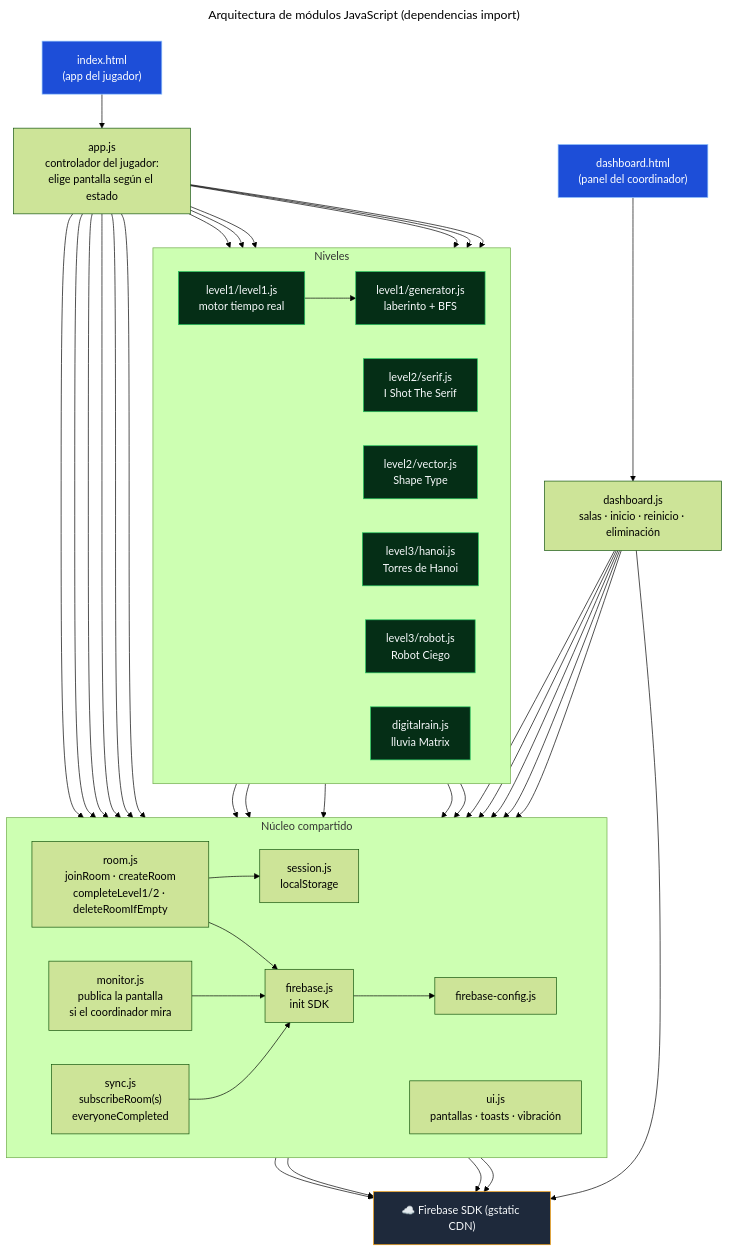
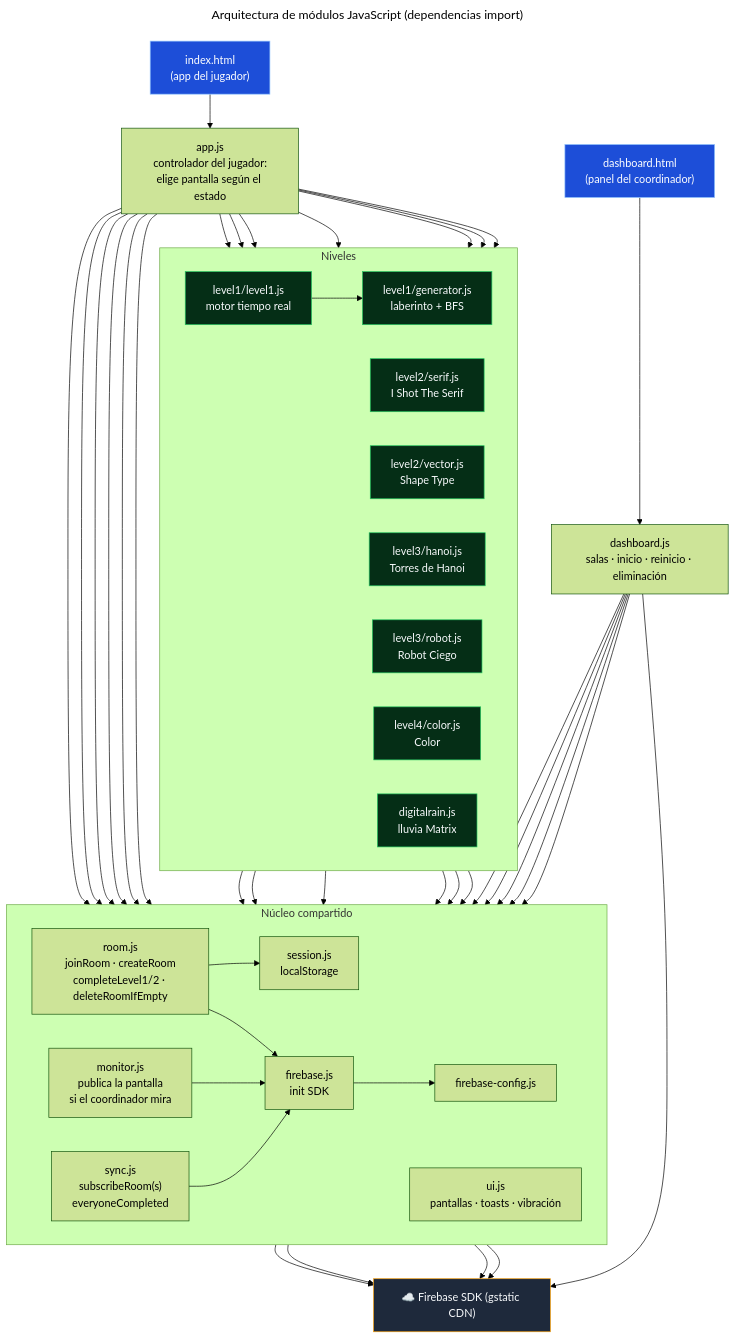
The diagram in docs/diagramas/fuentes/02-arquitectura-modulos.mmd (morphine75/escape_room), drawn with Mermaid (forest theme) before and after one commit. The commit also changed 22 other files, not shown here.

First line of the commit message:
Add Level 4 'Color' (graphic design colour matching)

```diff
--- a/docs/diagramas/fuentes/02-arquitectura-modulos.mmd
+++ b/docs/diagramas/fuentes/02-arquitectura-modulos.mmd
@@ -1,54 +1,56 @@
 ---
 title: Arquitectura de módulos JavaScript (dependencias import)
 ---
 flowchart TB
   IDX["index.html<br/>(app del jugador)"] --> APP
   DASHH["dashboard.html<br/>(panel del coordinador)"] --> DASH
 
   APP["app.js<br/>controlador del jugador:<br/>elige pantalla según el estado"]
   DASH["dashboard.js<br/>salas · inicio · reinicio · eliminación"]
 
   subgraph Core["Núcleo compartido"]
     direction LR
     ROOM["room.js<br/>joinRoom · createRoom<br/>completeLevel1/2 · deleteRoomIfEmpty"]
     SYNC["sync.js<br/>subscribeRoom(s)<br/>everyoneCompleted"]
     SES["session.js<br/>localStorage"]
     MON["monitor.js<br/>publica la pantalla<br/>si el coordinador mira"]
     UI["ui.js<br/>pantallas · toasts · vibración"]
     FBJS["firebase.js<br/>init SDK"]
     CFG["firebase-config.js"]
   end
 
   subgraph Niveles["Niveles"]
     direction LR
     L1["level1/level1.js<br/>motor tiempo real"]
     GEN["level1/generator.js<br/>laberinto + BFS"]
     SER["level2/serif.js<br/>I Shot The Serif"]
     VEC["level2/vector.js<br/>Shape Type"]
     HAN["level3/hanoi.js<br/>Torres de Hanoi"]
     ROB["level3/robot.js<br/>Robot Ciego"]
+    COL["level4/color.js<br/>Color"]
     RAIN["digitalrain.js<br/>lluvia Matrix"]
   end
 
   SDK["☁️ Firebase SDK (gstatic CDN)"]
 
   APP --> ROOM & SYNC & SES & UI & FBJS & MON
   MON --> FBJS & SDK
-  APP --> L1 & SER & VEC & HAN & ROB & RAIN
+  APP --> L1 & SER & VEC & HAN & ROB & COL & RAIN
   DASH --> ROOM & SYNC & SES & UI & FBJS
   L1 --> GEN & UI
   SER --> UI
   VEC --> UI
   HAN --> UI
   ROB --> UI
+  COL --> UI
   ROOM --> FBJS & SES
   SYNC --> FBJS
   ROOM & SYNC & DASH --> SDK
   FBJS --> CFG & SDK
 
   classDef entry fill:#1d4ed8,stroke:#93c5fd,color:#fff
   classDef lvl fill:#052e16,stroke:#22c55e,color:#f8fafc
   classDef ext fill:#1e293b,stroke:#f59e0b,color:#f8fafc
   class IDX,DASHH entry
-  class L1,GEN,SER,VEC,HAN,ROB,RAIN lvl
+  class L1,GEN,SER,VEC,HAN,ROB,COL,RAIN lvl
   class SDK ext
```
